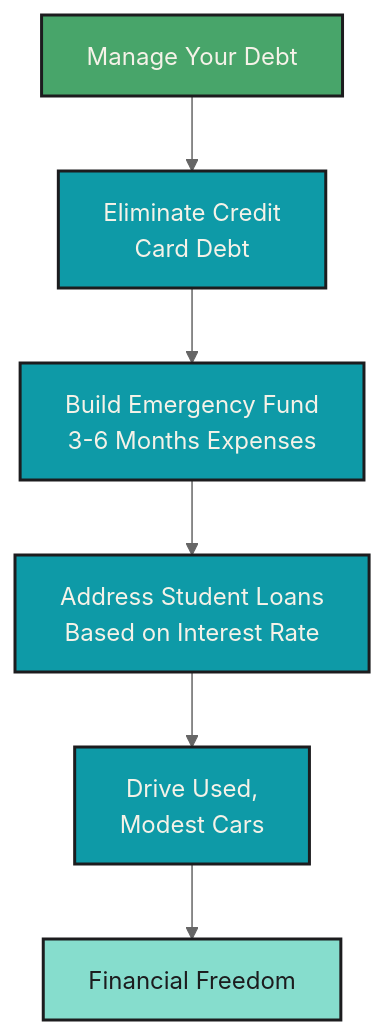
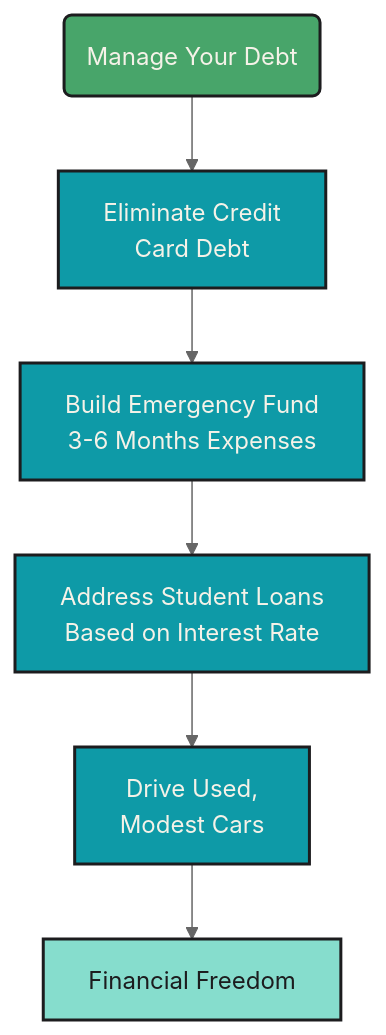
Before and after one commit to mjfrigaard/fm-finance: the sixth of 7 diagrams in managing_debt.qmd, drawn with Mermaid. The commit also changed other lines of this file and 20 other files, not shown here.

Commit message:
updates to mermaid diagrams

````diff
--- a/managing_debt.qmd
+++ b/managing_debt.qmd
@@ -335,18 +307,18 @@
 ```{mermaid}
 %%| fig-cap: 'Put It All Together'
 %%| fig-align: center
-%%{init: {'theme': 'neutral', 'themeVariables': { 'fontFamily': 'monospace', "fontSize":"16px"}}}%%
+%%{init: {'theme': 'neutral', 'themeVariables': { 'fontFamily': 'monospace', "darkMode":false, "fontSize":"16px"}}}%%
 
 flowchart TD
-    Start[Manage Your Debt] --> Step1["Eliminate Credit<br>Card Debt"]
+    Start("Manage Your Debt") --> Step1["Eliminate Credit<br>Card Debt"]
     Step1 --> Step2["Build Emergency Fund<br>3-6 Months Expenses"]
     Step2 --> Step3["Address Student Loans<br>Based on Interest Rate"]
     Step3 --> Step4["Drive Used,<br>Modest Cars"]
     Step4 --> Freedom["Financial Freedom"]
     style Start fill:#48a56a,color:#F5F2E8,stroke:#1C1C1E,stroke-width:2px
     style Step1 fill:#0e9aa7,color:#F5F2E8,stroke:#1C1C1E,stroke-width:2px
     style Step2 fill:#0e9aa7,color:#F5F2E8,stroke:#1C1C1E,stroke-width:2px
     style Step3 fill:#0e9aa7,color:#F5F2E8,stroke:#1C1C1E,stroke-width:2px
     style Step4 fill:#0e9aa7,color:#F5F2E8,stroke:#1C1C1E,stroke-width:2px
     style Freedom fill:#86ddcd,color:#1C1C1E,stroke:#1C1C1E,stroke-width:2px
 ```
````
